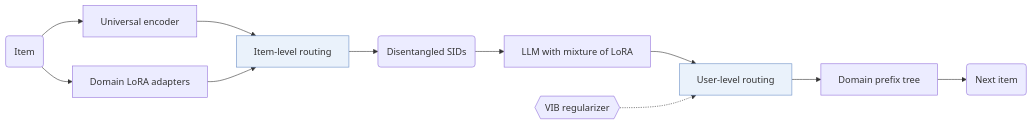
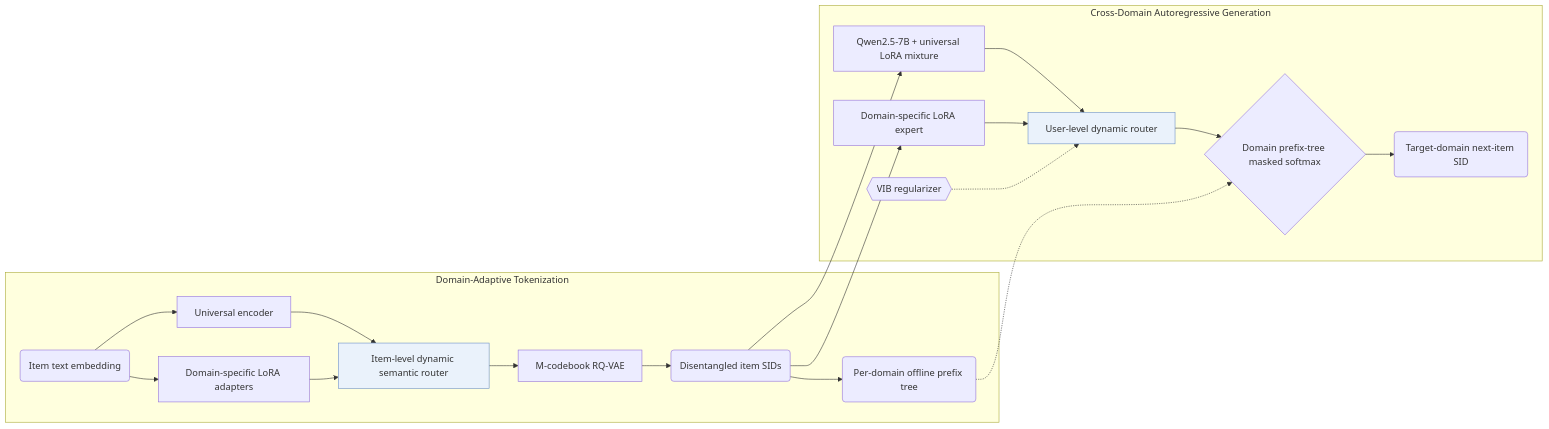
The diagram in notes/gencdr.md (Galaxy-ghost/Awesome-SID-Generative-Rec), drawn with Mermaid before and after one commit. The commit also changed other lines of this file and 649 other files, not shown here.

Commit message:
writer-05: also tags and modality index (schema, check, build, visuals); summary field removed; calibration data for 12 papers

````diff
--- a/notes/gencdr.md
+++ b/notes/gencdr.md
@@ -13,14 +14,23 @@
 ```mermaid
 flowchart LR
-    A("Item") --> B["Universal encoder"]
-    A --> C["Domain LoRA adapters"]
-    B --> D["Item-level routing"]:::key
-    C --> D
-    D --> E("Disentangled SIDs")
-    E --> F["LLM with mixture of LoRA"]
-    F --> G["User-level routing"]:::key
-    L1{{"VIB regularizer"}} -.-> G
-    G --> H["Domain prefix tree"]
-    H --> I("Next item")
+    subgraph Tok["Domain-Adaptive Tokenization"]
+        A("Item text embedding") --> B["Universal encoder"]
+        A --> C["Domain-specific LoRA adapters"]
+        B --> D["Item-level dynamic semantic router"]:::key
+        C --> D
+        D --> Q["M-codebook RQ-VAE"]
+        Q --> E("Disentangled item SIDs")
+        E --> T("Per-domain offline prefix tree")
+    end
+    subgraph Gen["Cross-Domain Autoregressive Generation"]
+        E --> F["Qwen2.5-7B + universal LoRA mixture"]
+        E --> FDom["Domain-specific LoRA expert"]
+        F --> G["User-level dynamic router"]:::key
+        FDom --> G
+        L1{{"VIB regularizer"}} -.-> G
+        G --> H{"Domain prefix-tree masked softmax"}
+        T -.-> H
+        H --> I("Target-domain next-item SID")
+    end
     classDef key fill:#eaf2fb,stroke:#6b8fc7
 ```
````
